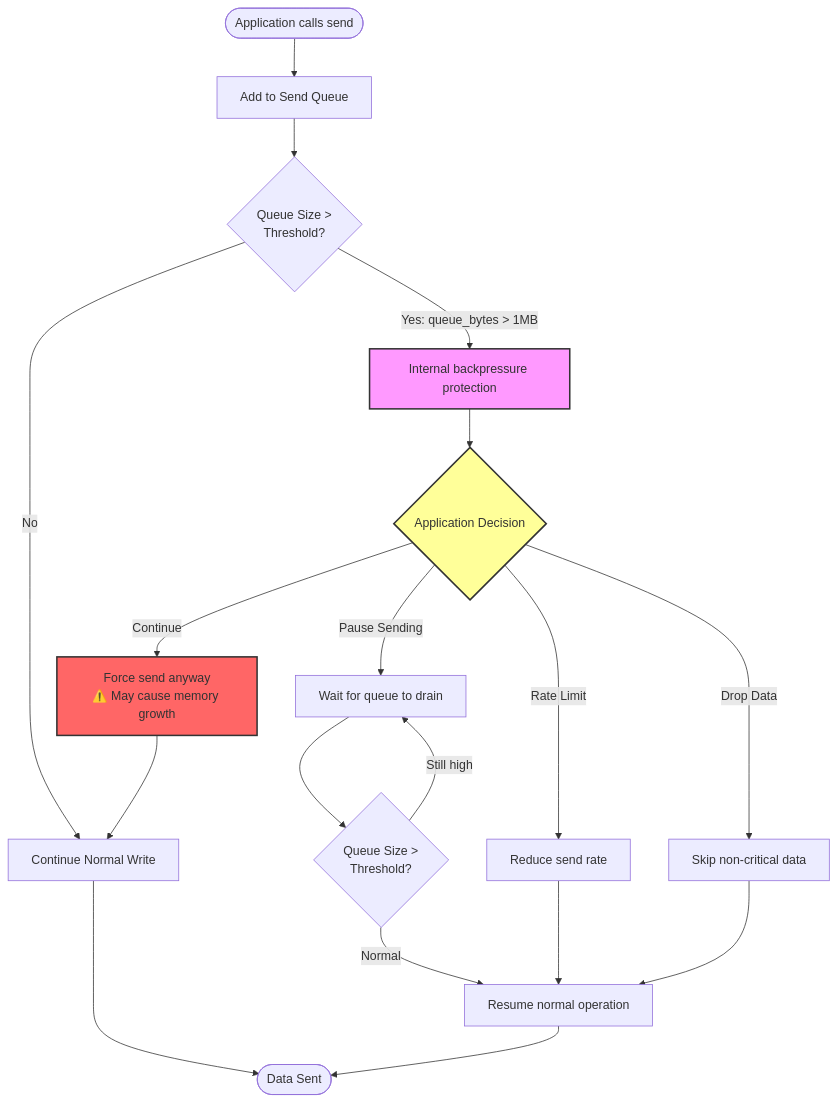
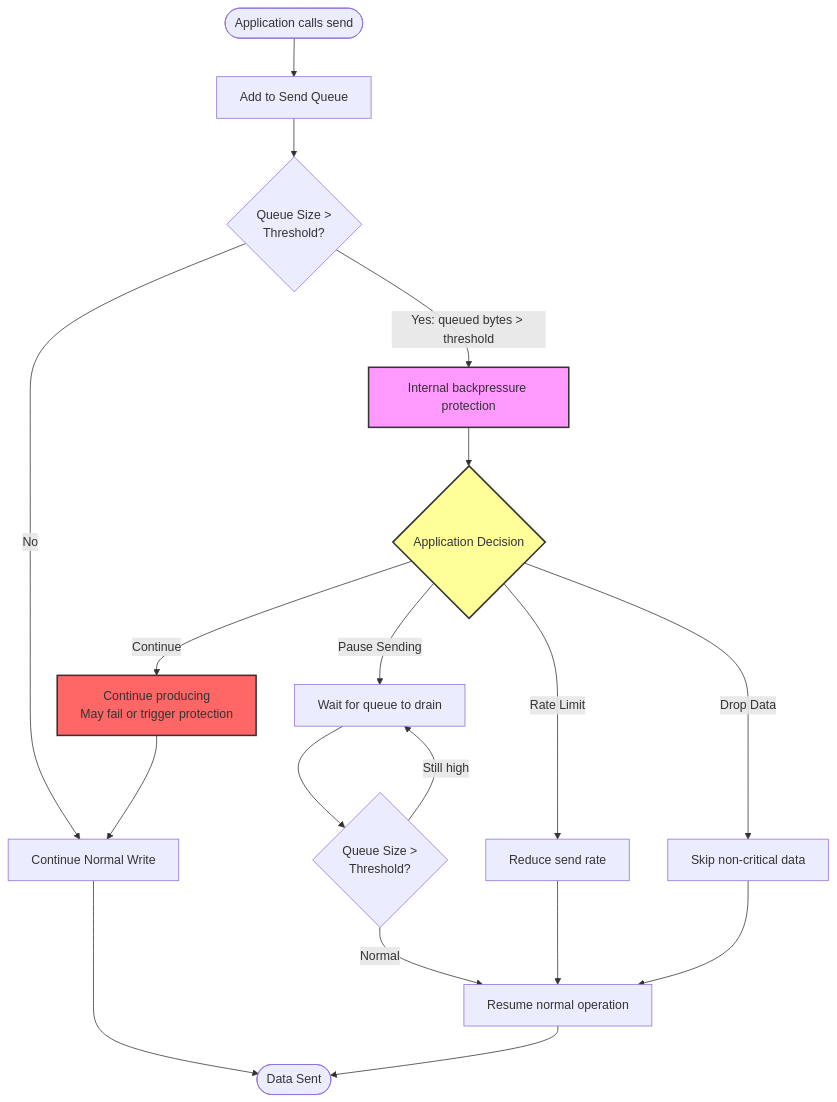
The third of 3 diagrams in docs/contributor/architecture/runtime_behavior.md (jwsung91/unilink), drawn with Mermaid before and after one commit. The commit also changed other lines of this file and 6 other files, not shown here.

Commit message:
Clarify runtime backpressure and memory safety docs (#392)

````diff
--- a/docs/contributor/architecture/runtime_behavior.md
+++ b/docs/contributor/architecture/runtime_behavior.md
@@ -347,29 +355,29 @@
 ```mermaid
 flowchart TD
     Start([Application calls send]) --> Queue[Add to Send Queue]
     Queue --> Check{Queue Size ><br/>Threshold?}
 
     Check -->|No| Write[Continue Normal Write]
     Write --> Complete([Data Sent])
 
-    Check -->|Yes: queue_bytes > 1MB| Protect[Internal backpressure protection]
+    Check -->|Yes: queued bytes > threshold| Protect[Internal backpressure protection]
     Protect --> AppDecision{Application Decision}
 
     AppDecision -->|Pause Sending| Wait[Wait for queue to drain]
     AppDecision -->|Rate Limit| Throttle[Reduce send rate]
     AppDecision -->|Drop Data| Drop[Skip non-critical data]
-    AppDecision -->|Continue| Force[Force send anyway<br/>⚠️ May cause memory growth]
+    AppDecision -->|Continue| Force[Continue producing<br/>May fail or trigger protection]
 
     Wait --> Monitor{Queue Size ><br/>Threshold?}
     Monitor -->|Still high| Wait
     Monitor -->|Normal| Resume[Resume normal operation]
 
     Throttle --> Resume
     Drop --> Resume
     Force --> Write
     Resume --> Complete
 
     style Protect fill:#f9f,stroke:#333,stroke-width:2px
     style AppDecision fill:#ff9,stroke:#333,stroke-width:2px
     style Force fill:#f66,stroke:#333,stroke-width:2px
 ```
````
